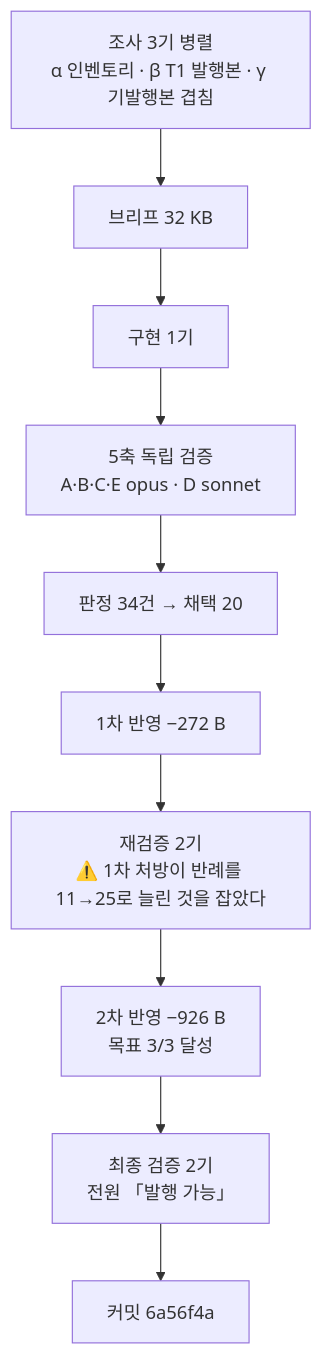
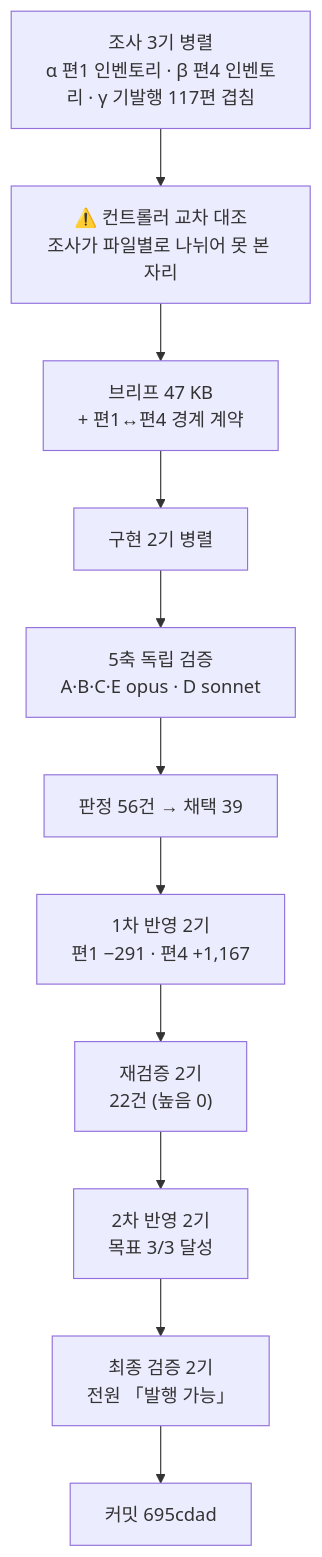
Before and after one commit to withwooyong/withwooyong.github.io: the diagram in HANDOFF.md, drawn with Mermaid. The commit also changed other lines of this file and 3 other files, not shown here.

````diff
--- a/HANDOFF.md
+++ b/HANDOFF.md
@@ -16,12 +18,13 @@
 ```mermaid
 flowchart TD
-    S["조사 3기 병렬<br/>α 인벤토리 · β T1 발행본 · γ 기발행본 겹침"] --> B["브리프 32 KB"]
-    B --> C["구현 1기"]
+    S["조사 3기 병렬<br/>α 편1 인벤토리 · β 편4 인벤토리 · γ 기발행 117편 겹침"] --> X["⚠️ 컨트롤러 교차 대조<br/>조사가 파일별로 나뉘어 못 본 자리"]
+    X --> B["브리프 47 KB<br/>+ 편1↔편4 경계 계약"]
+    B --> C["구현 2기 병렬"]
     C --> V["5축 독립 검증<br/>A·B·C·E opus · D sonnet"]
-    V --> J["판정 34건 → 채택 20"]
-    J --> F1["1차 반영 −272 B"]
-    F1 --> R["재검증 2기<br/>⚠️ 1차 처방이 반례를 11→25로 늘린 것을 잡았다"]
-    R --> F2["2차 반영 −926 B<br/>목표 3/3 달성"]
+    V --> J["판정 56건 → 채택 39"]
+    J --> F1["1차 반영 2기<br/>편1 −291 · 편4 +1,167"]
+    F1 --> R["재검증 2기<br/>22건 (높음 0)"]
+    R --> F2["2차 반영 2기<br/>목표 3/3 달성"]
     F2 --> FV["최종 검증 2기<br/>전원 「발행 가능」"]
-    FV --> CM["커밋 6a56f4a"]
+    FV --> CM["커밋 695cdad"]
 ```
````
